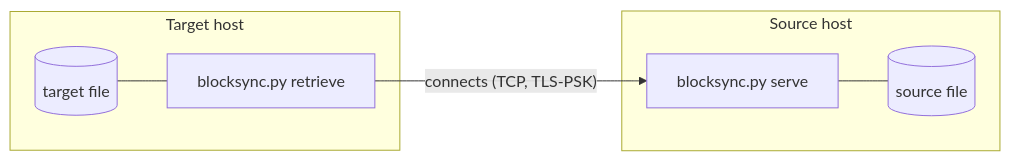
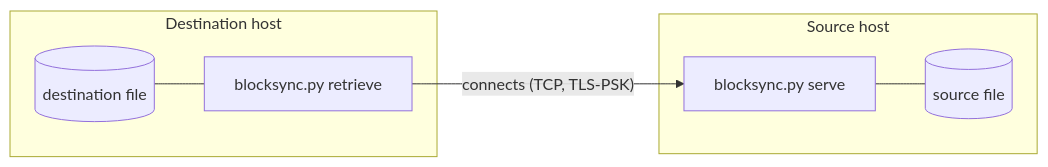
Before and after one commit to messa/blocksync: the first of 2 diagrams in README.md, drawn with Mermaid. The commit also changed other lines of this file and 3 other files, not shown here.

First line of the commit message:
Rename target to destination, --target-file to --dst-file

````diff
--- a/README.md
+++ b/README.md
@@ -5,10 +5,10 @@
 ```mermaid
 flowchart LR
-    subgraph target [Target host]
-        tgt[(target file)] --- retrieve[blocksync.py retrieve]
+    subgraph destination [Destination host]
+        dst[(destination file)] --- retrieve[blocksync.py retrieve]
     end
     subgraph source [Source host]
         serve[blocksync.py serve] --- src[(source file)]
     end
     retrieve -- "connects (TCP, TLS-PSK)" --> serve
 ```
````
